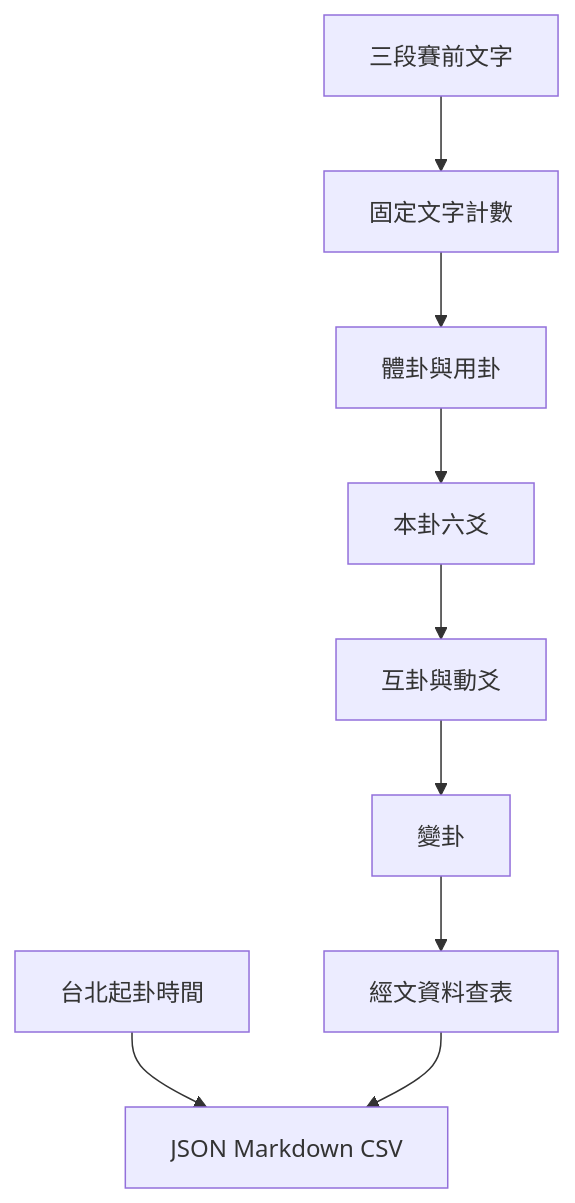
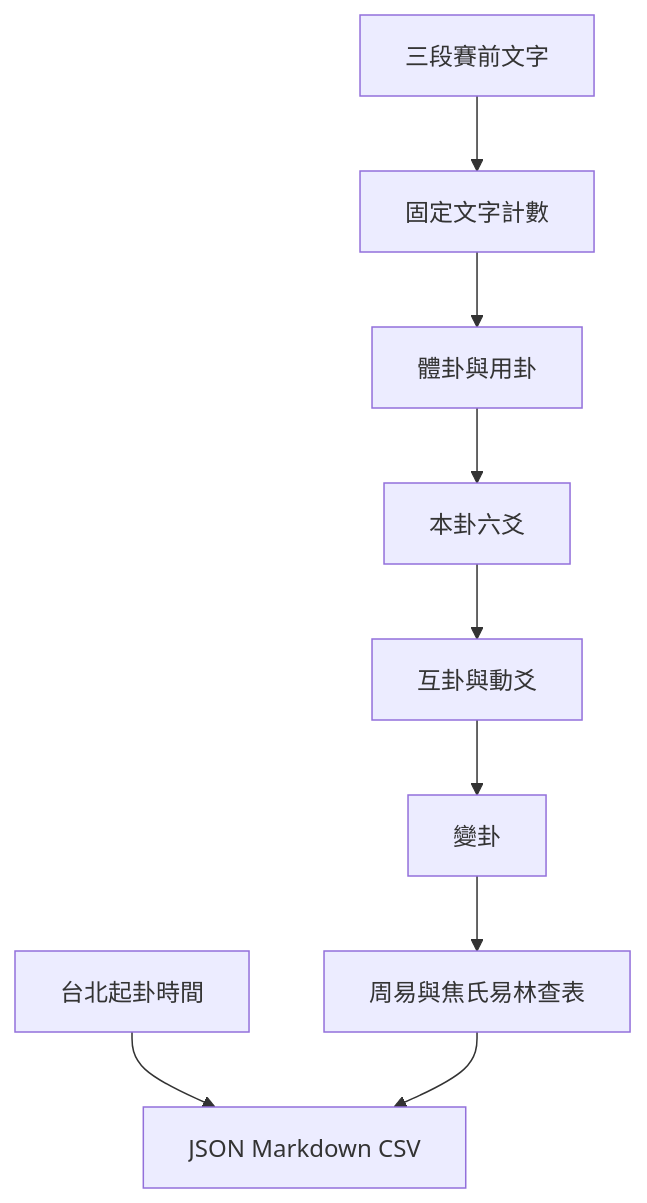
The diagram in docs/ARCHITECTURE.md (wujoshnjr/meihua-football-streamlit), drawn with Mermaid before and after one commit. The commit also changed other lines of this file and 18 other files, not shown here.

````diff
--- a/docs/ARCHITECTURE.md
+++ b/docs/ARCHITECTURE.md
@@ -27,11 +27,11 @@
 ```mermaid
 flowchart TD
     A[三段賽前文字] --> B[固定文字計數]
     T[台北起卦時間] --> H[JSON Markdown CSV]
     B --> C[體卦與用卦]
     C --> D[本卦六爻]
     D --> E[互卦與動爻]
     E --> F[變卦]
-    F --> G[經文資料查表]
+    F --> G[周易與焦氏易林查表]
     G --> H[JSON Markdown CSV]
 ```
````
